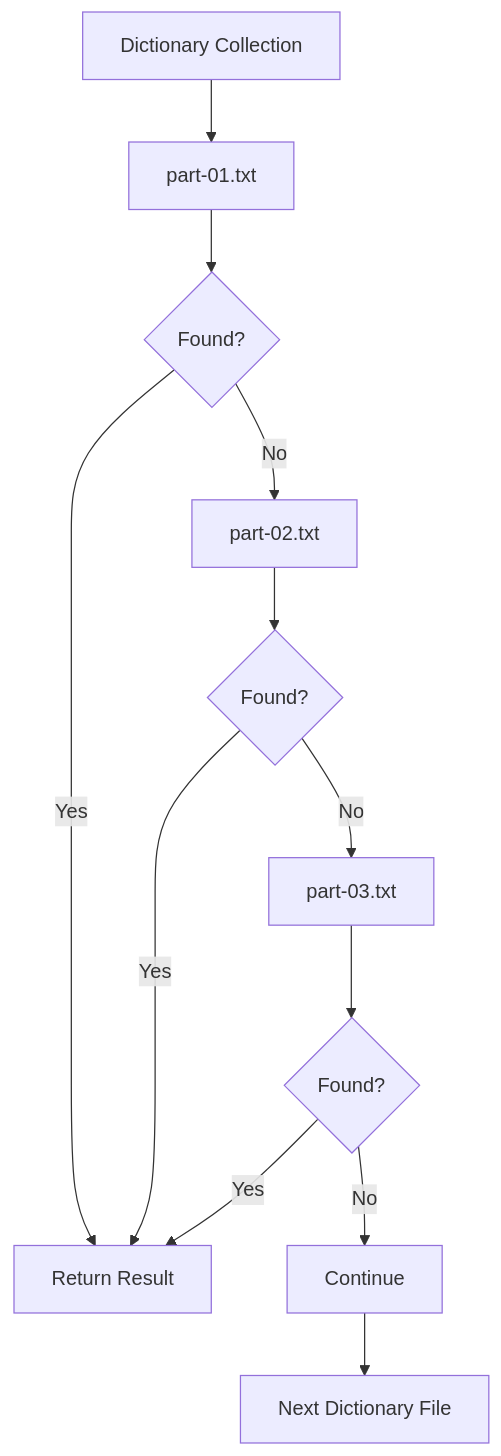
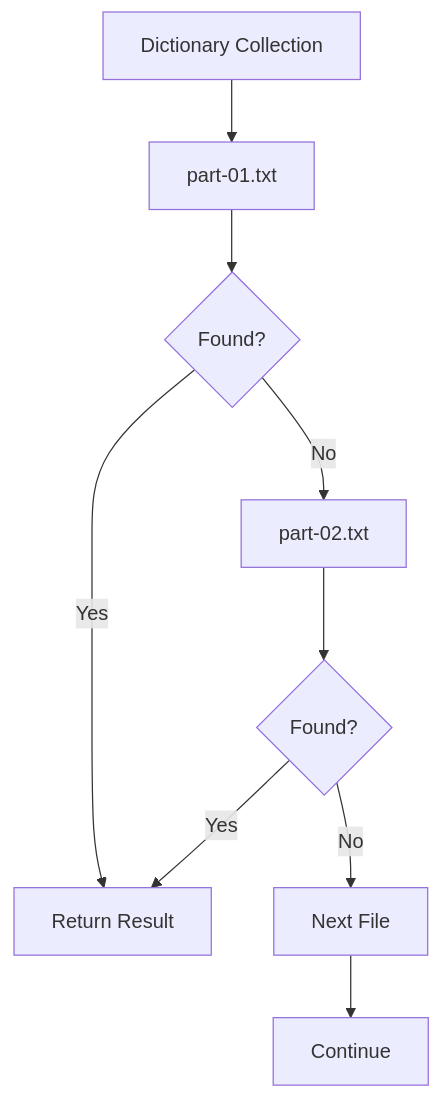
The fourth of 5 diagrams in README.md (reyphia/brute), drawn with Mermaid before and after one commit. The commit also changed other lines of this file, not shown here.

````diff
--- a/README.md
+++ b/README.md
@@ -215,18 +192,14 @@
 ```mermaid
 flowchart TD
     A[Dictionary Collection] --> B[part-01.txt]
     B --> C{Found?}
 
     C -->|Yes| D[Return Result]
     C -->|No| E[part-02.txt]
 
     E --> F{Found?}
     F -->|Yes| D
-    F -->|No| G[part-03.txt]
+    F -->|No| G[Next File]
 
-    G --> H{Found?}
-    H -->|Yes| D
-    H -->|No| I[Continue]
-
-    I --> J[Next Dictionary File]
+    G --> H[Continue]
 ```
````
